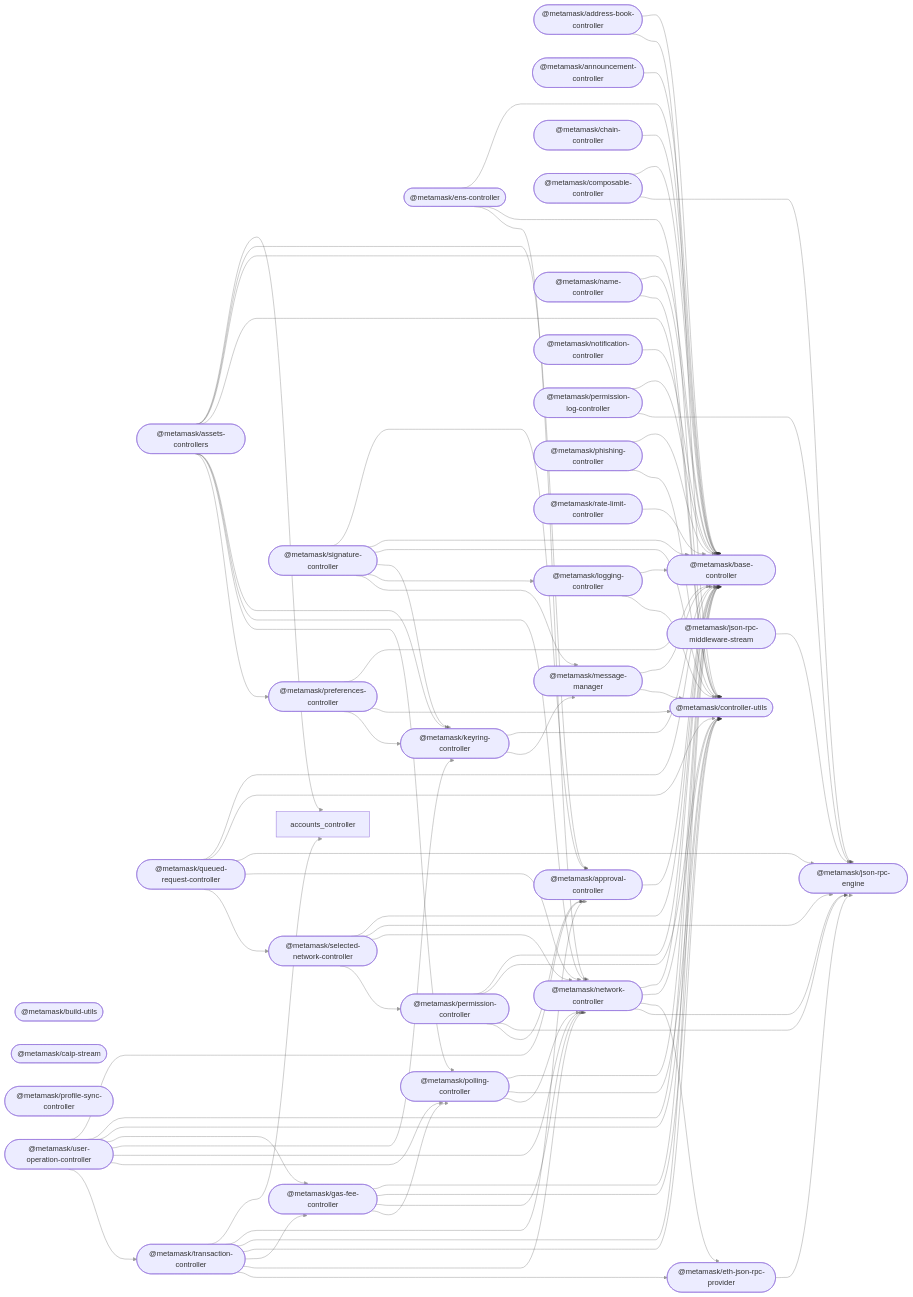
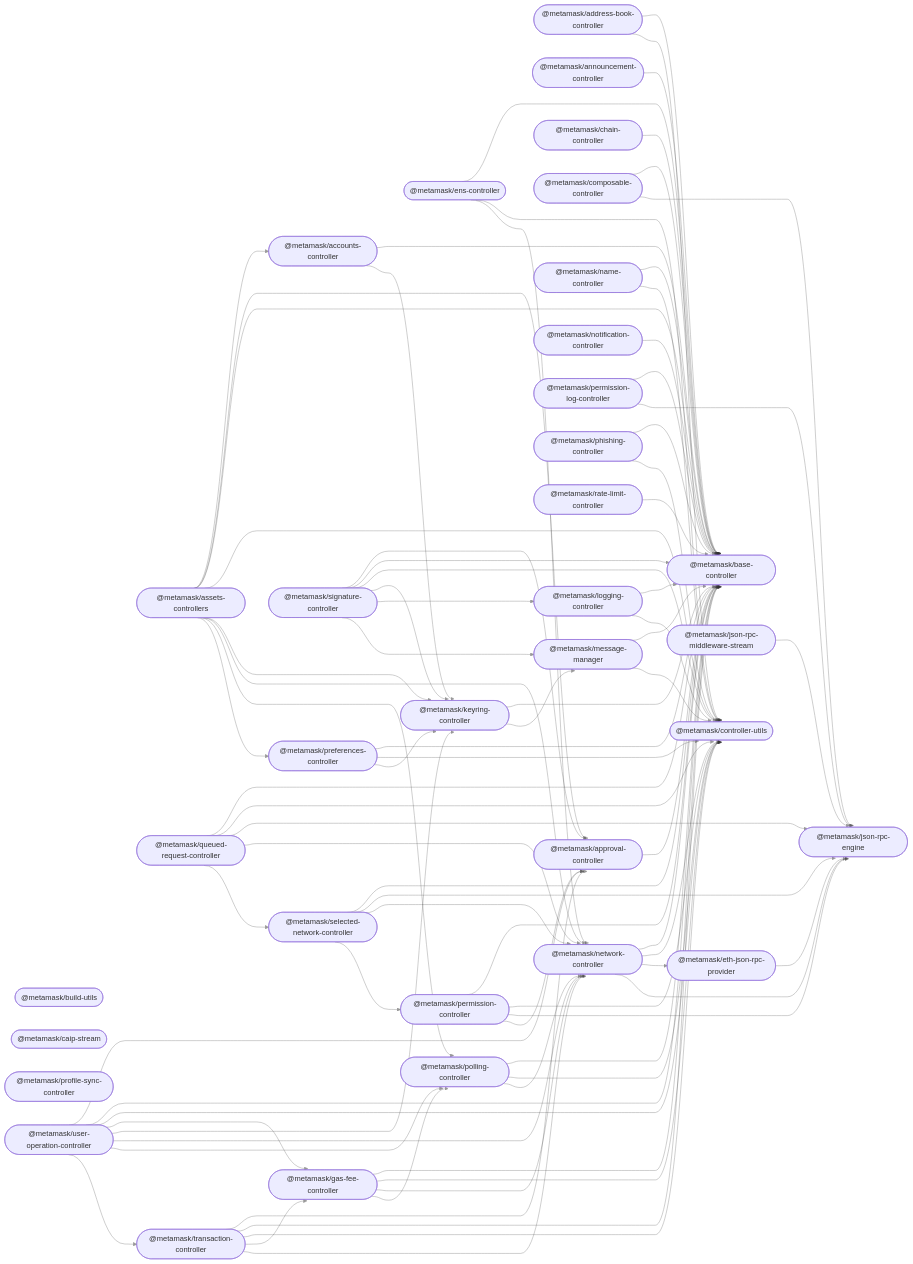
One commit to MetaMask/core changed the diagram in README.md. Above: the diagram before and after it, drawn with Mermaid. The commit also changed other lines of this file, not shown here.

Commit message:
revert accounts/tx controller readme graph changes

```diff
--- a/README.md
+++ b/README.md
@@ -52,6 +53,7 @@
 %%{ init: { 'flowchart': { 'curve': 'bumpX' } } }%%
 graph LR;
 linkStyle default opacity:0.5
+  accounts_controller(["@metamask/accounts-controller"]);
   address_book_controller(["@metamask/address-book-controller"]);
   announcement_controller(["@metamask/announcement-controller"]);
   approval_controller(["@metamask/approval-controller"]);
@@ -85,6 +87,8 @@
   signature_controller(["@metamask/signature-controller"]);
   transaction_controller(["@metamask/transaction-controller"]);
   user_operation_controller(["@metamask/user-operation-controller"]);
+  accounts_controller --> base_controller;
+  accounts_controller --> keyring_controller;
   address_book_controller --> base_controller;
   address_book_controller --> controller_utils;
   announcement_controller --> base_controller;
@@ -152,13 +156,11 @@
   signature_controller --> keyring_controller;
   signature_controller --> logging_controller;
   signature_controller --> message_manager;
-  transaction_controller --> accounts_controller;
   transaction_controller --> approval_controller;
   transaction_controller --> base_controller;
   transaction_controller --> controller_utils;
   transaction_controller --> gas_fee_controller;
   transaction_controller --> network_controller;
-  transaction_controller --> eth_json_rpc_provider;
   user_operation_controller --> approval_controller;
   user_operation_controller --> base_controller;
   user_operation_controller --> controller_utils;
```
